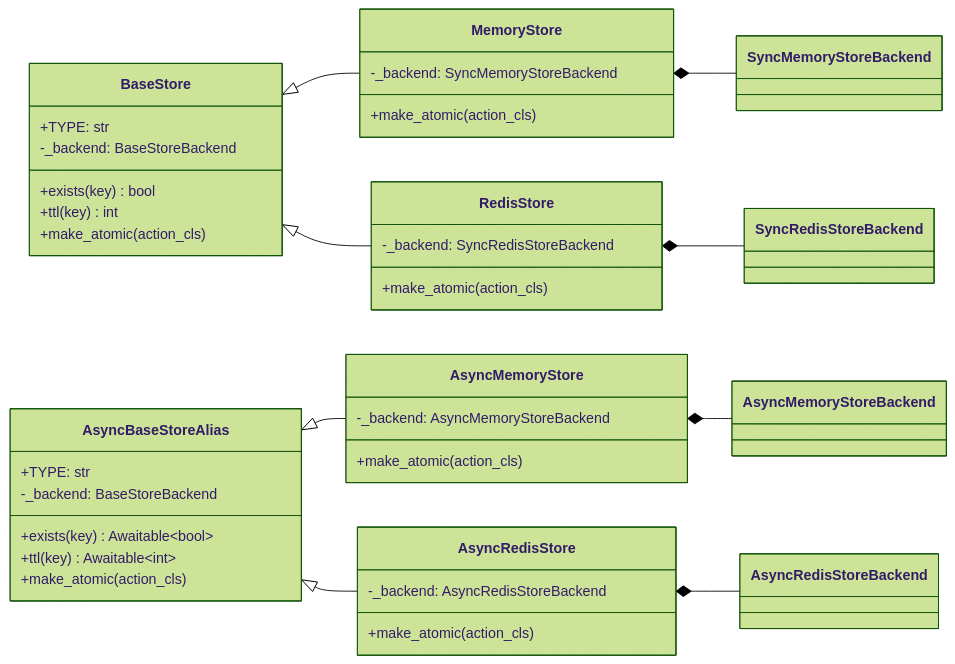
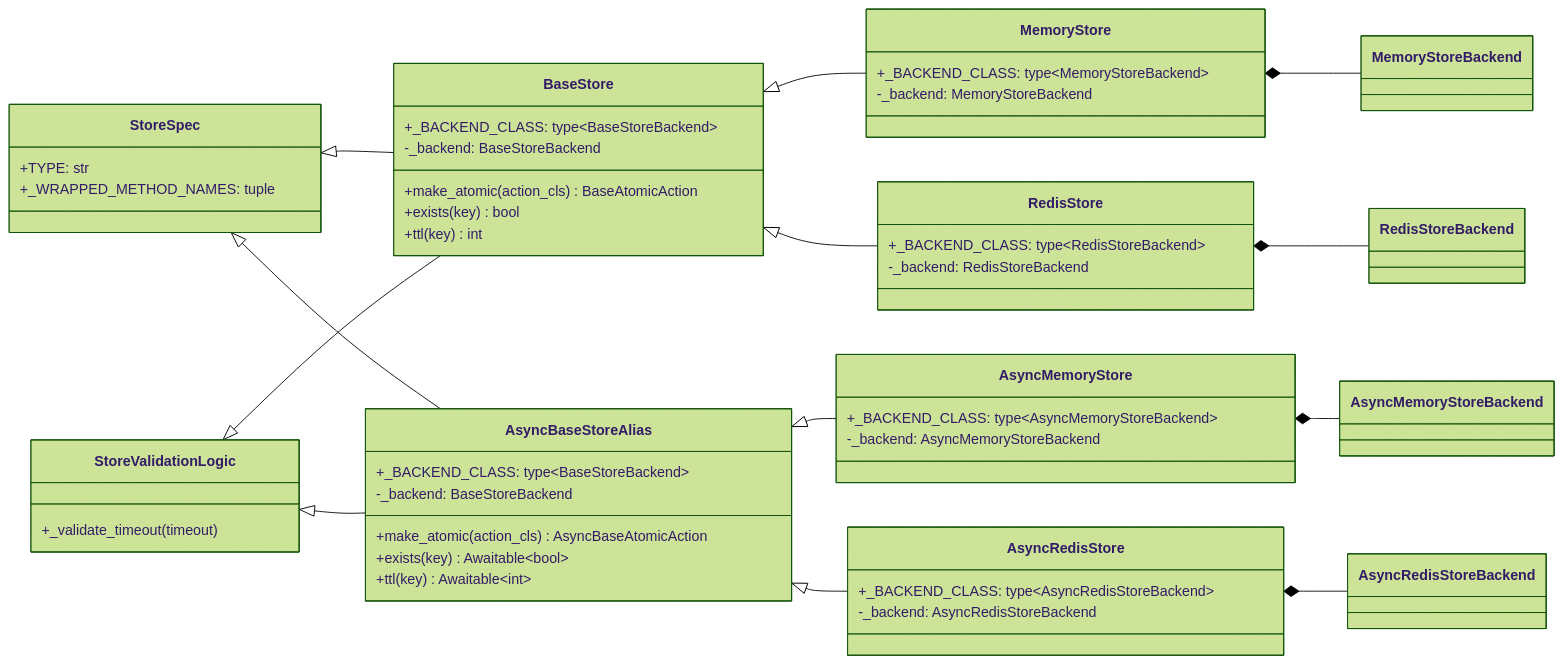
The third of 8 diagrams in knowledge/throttled-py/issues/2026-05-06-store-typing-abstraction-refactor/PLAN.md (ZhuoZhuoCrayon/ai-workspace), drawn with Mermaid (forest theme) before and after one commit. The commit also changed other lines of this file and 8 other files, not shown here.

````diff
--- a/knowledge/throttled-py/issues/2026-05-06-store-typing-abstraction-refactor/PLAN.md
+++ b/knowledge/throttled-py/issues/2026-05-06-store-typing-abstraction-refactor/PLAN.md
@@ -283,43 +394,55 @@
 ```mermaid
 classDiagram
     direction LR
 
+    class StoreSpec {
+        +TYPE: str
+        +_WRAPPED_METHOD_NAMES: tuple
+    }
+    class StoreValidationLogic {
+        +_validate_timeout(timeout)
+    }
     class BaseStore {
-        +TYPE: str
+        +_BACKEND_CLASS: type~BaseStoreBackend~
         -_backend: BaseStoreBackend
+        +make_atomic(action_cls) BaseAtomicAction
         +exists(key) bool
         +ttl(key) int
-        +make_atomic(action_cls)
     }
     class AsyncBaseStoreAlias {
-        +TYPE: str
+        +_BACKEND_CLASS: type~BaseStoreBackend~
         -_backend: BaseStoreBackend
+        +make_atomic(action_cls) AsyncBaseAtomicAction
         +exists(key) Awaitable~bool~
         +ttl(key) Awaitable~int~
-        +make_atomic(action_cls)
     }
     class MemoryStore {
-        -_backend: SyncMemoryStoreBackend
-        +make_atomic(action_cls)
+        +_BACKEND_CLASS: type~MemoryStoreBackend~
+        -_backend: MemoryStoreBackend
     }
     class RedisStore {
-        -_backend: SyncRedisStoreBackend
-        +make_atomic(action_cls)
+        +_BACKEND_CLASS: type~RedisStoreBackend~
+        -_backend: RedisStoreBackend
     }
     class AsyncMemoryStore {
+        +_BACKEND_CLASS: type~AsyncMemoryStoreBackend~
         -_backend: AsyncMemoryStoreBackend
-        +make_atomic(action_cls)
     }
     class AsyncRedisStore {
+        +_BACKEND_CLASS: type~AsyncRedisStoreBackend~
         -_backend: AsyncRedisStoreBackend
-        +make_atomic(action_cls)
     }
+
+    StoreSpec <|-- BaseStore
+    StoreSpec <|-- AsyncBaseStoreAlias
+    StoreValidationLogic <|-- BaseStore
+    StoreValidationLogic <|-- AsyncBaseStoreAlias
     BaseStore <|-- MemoryStore
     BaseStore <|-- RedisStore
     AsyncBaseStoreAlias <|-- AsyncMemoryStore
     AsyncBaseStoreAlias <|-- AsyncRedisStore
-    MemoryStore *-- SyncMemoryStoreBackend
-    RedisStore *-- SyncRedisStoreBackend
+    MemoryStore *-- MemoryStoreBackend
+    RedisStore *-- RedisStoreBackend
     AsyncMemoryStore *-- AsyncMemoryStoreBackend
     AsyncRedisStore *-- AsyncRedisStoreBackend
 ```
````
